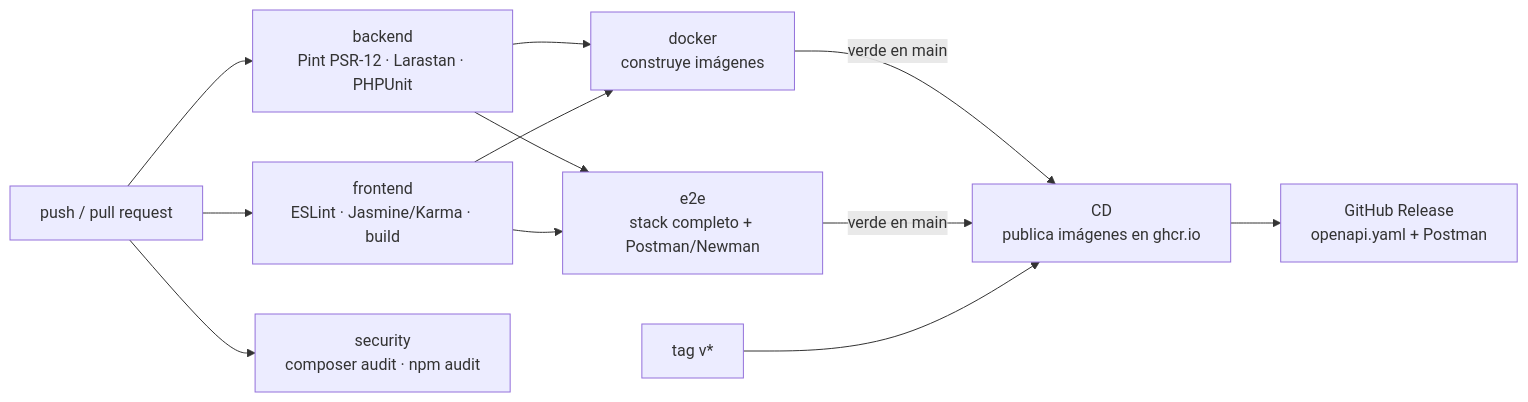
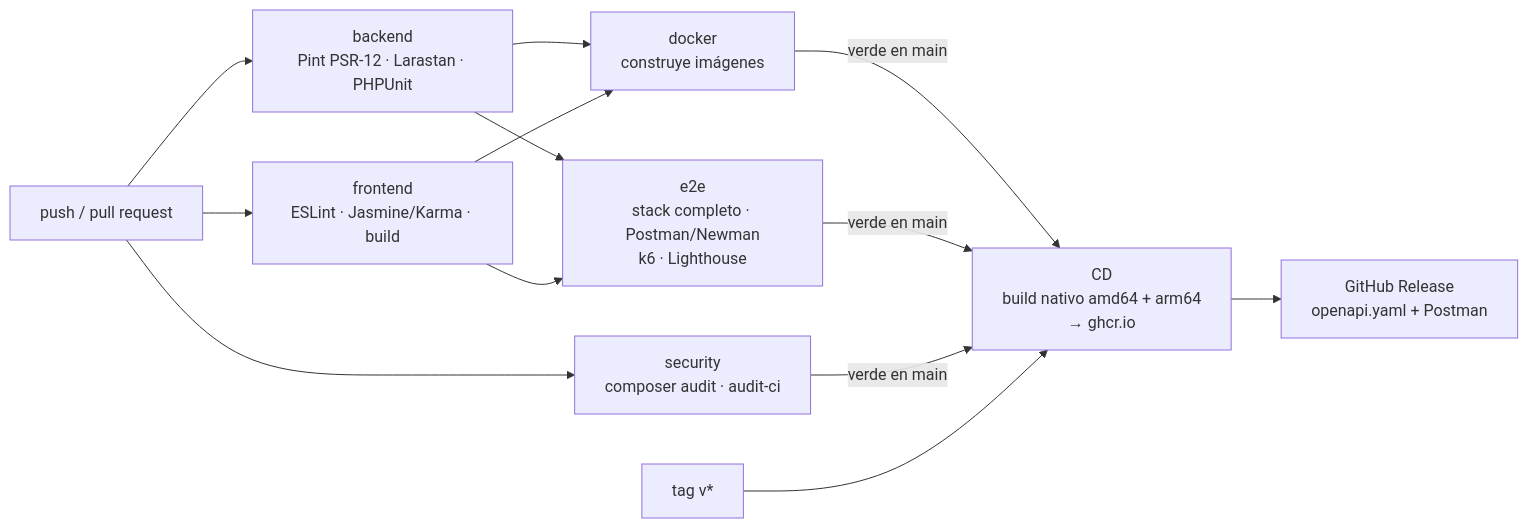
Before and after one commit to Jair-vet/TAP-test-desarrollo: the diagram in docs/CI-CD.md, drawn with Mermaid. The commit also changed other lines of this file and 38 other files, not shown here.

````diff
--- a/docs/CI-CD.md
+++ b/docs/CI-CD.md
@@ -7,12 +7,12 @@
 ```mermaid
 flowchart LR
     P[push / pull request] --> B[backend<br/>Pint PSR-12 · Larastan · PHPUnit]
     P --> F[frontend<br/>ESLint · Jasmine/Karma · build]
     B --> D[docker<br/>construye imágenes]
     F --> D
-    B --> E[e2e<br/>stack completo + Postman/Newman]
+    B --> E[e2e<br/>stack completo · Postman/Newman<br/>k6 · Lighthouse]
     F --> E
-    P --> S[security<br/>composer audit · npm audit]
-    D & E -->|verde en main| CD[CD<br/>publica imágenes en ghcr.io]
+    P --> S[security<br/>composer audit · audit-ci]
+    D & E & S -->|verde en main| CD[CD<br/>build nativo amd64 + arm64<br/>→ ghcr.io]
     T[tag v*] --> CD --> R[GitHub Release<br/>openapi.yaml + Postman]
 ```
````
